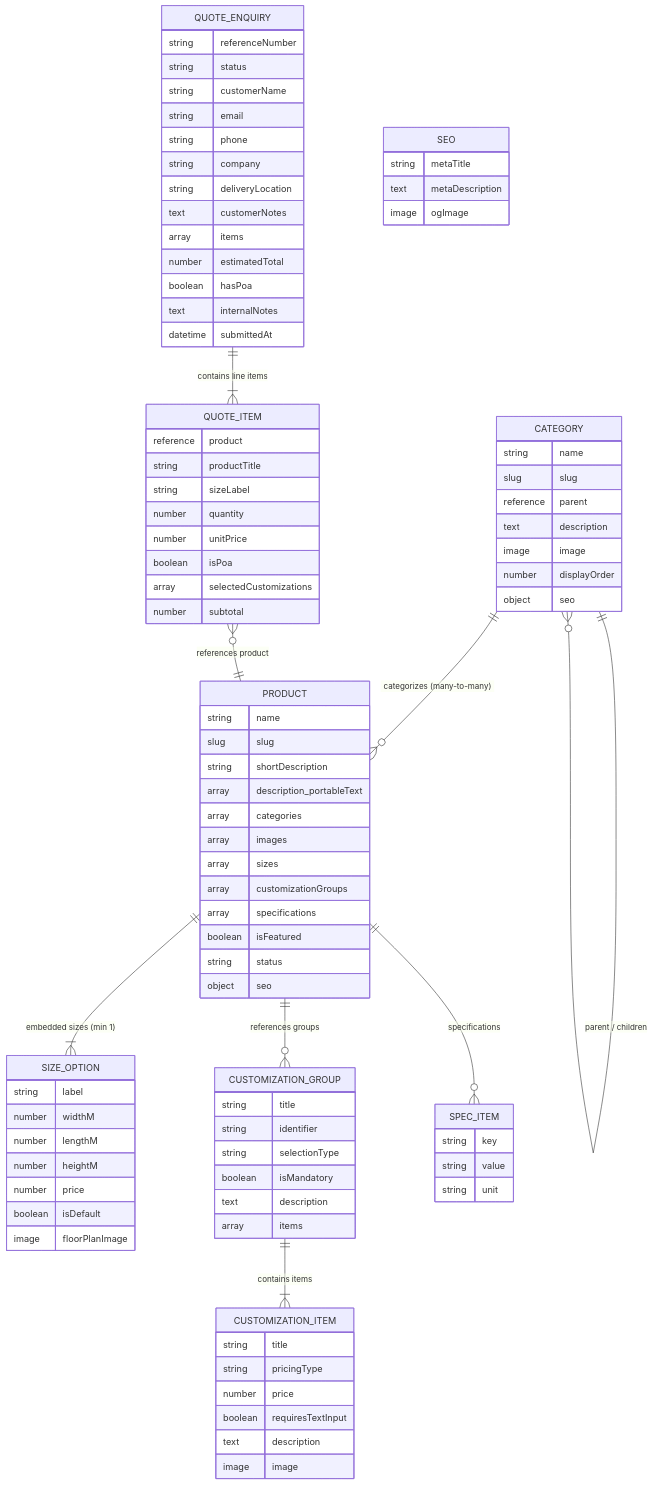
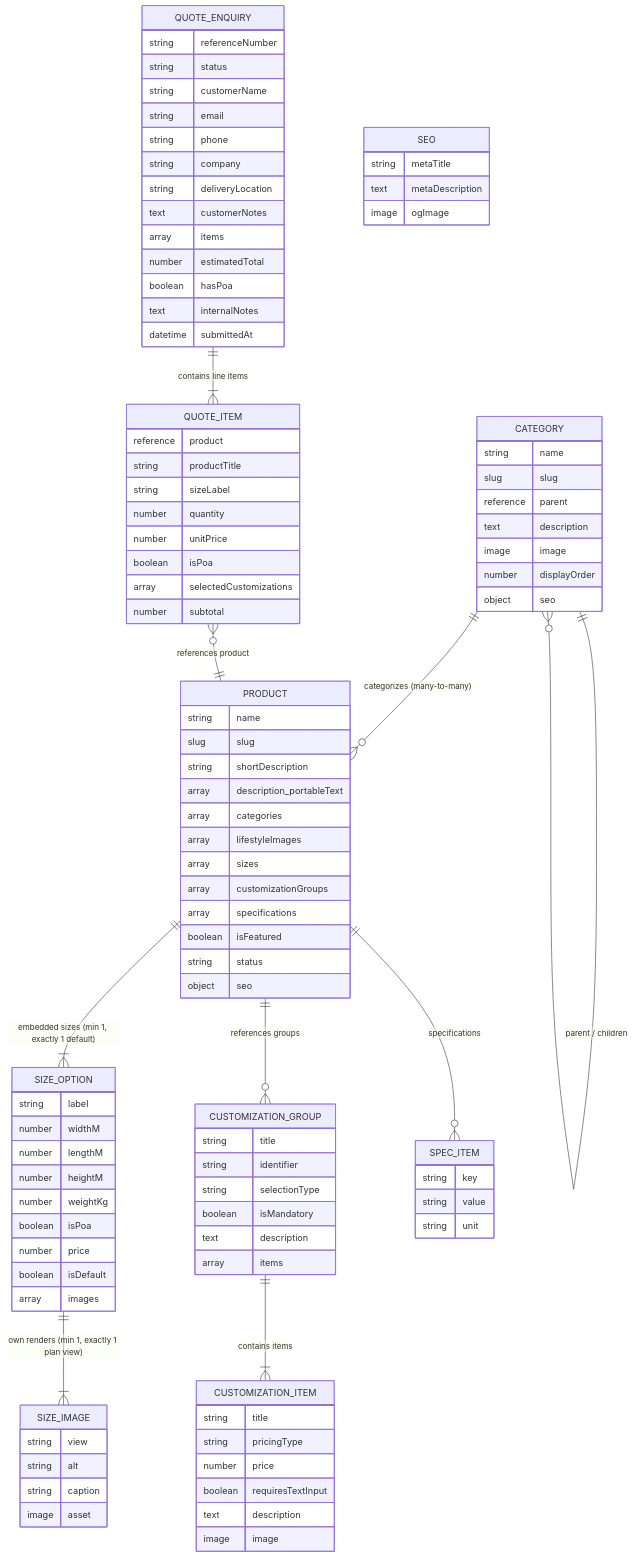
One commit to sweat0198/karmodint-web changed the diagram in docs/SANITY-SCHEMA-ERD.md. Above: the diagram before and after it, drawn with Mermaid. The commit also changed other lines of this file and 10 other files, not shown here.

```diff
--- a/docs/SANITY-SCHEMA-ERD.md
+++ b/docs/SANITY-SCHEMA-ERD.md
@@ -8,7 +8,8 @@
 erDiagram
     CATEGORY ||--o{ CATEGORY : "parent / children"
     CATEGORY ||--o{ PRODUCT : "categorizes (many-to-many)"
-    PRODUCT ||--|{ SIZE_OPTION : "embedded sizes (min 1)"
+    PRODUCT ||--|{ SIZE_OPTION : "embedded sizes (min 1, exactly 1 default)"
+    SIZE_OPTION ||--|{ SIZE_IMAGE : "own renders (min 1, exactly 1 plan view)"
     PRODUCT ||--o{ CUSTOMIZATION_GROUP : "references groups"
     CUSTOMIZATION_GROUP ||--|{ CUSTOMIZATION_ITEM : "contains items"
     PRODUCT ||--o{ SPEC_ITEM : "specifications"
@@ -31,7 +32,7 @@
         string shortDescription
         array description_portableText
         array categories
-        array images
+        array lifestyleImages
         array sizes
         array customizationGroups
         array specifications
@@ -63,9 +64,18 @@
         number widthM
         number lengthM
         number heightM
+        number weightKg
+        boolean isPoa
         number price
         boolean isDefault
-        image floorPlanImage
+        array images
+    }
+
+    SIZE_IMAGE {
+        string view
+        string alt
+        string caption
+        image asset
     }
 
     SPEC_ITEM {
```
